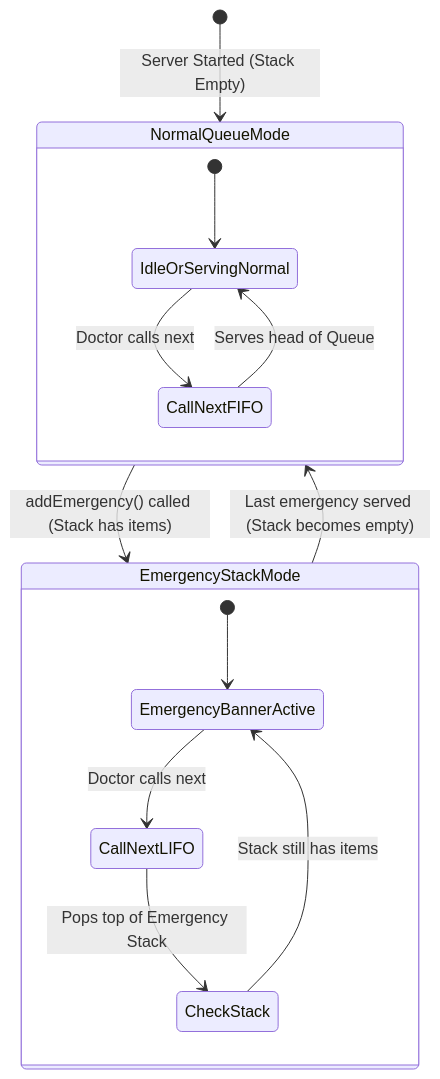
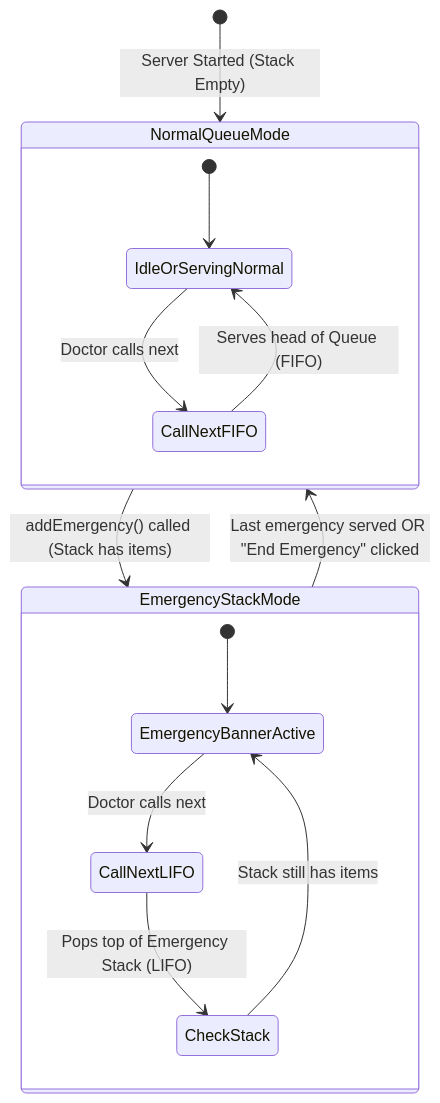
The fifth of 6 diagrams in README.md (SusmitChoudhury/Doctor-Appointment-Queue-System), drawn with Mermaid before and after one commit. The commit also changed other lines of this file and 12 other files, not shown here.

````diff
--- a/README.md
+++ b/README.md
@@ -117,21 +174,21 @@
 ```mermaid
 stateDiagram-v2
     [*] --> NormalQueueMode: Server Started (Stack Empty)
 
     state NormalQueueMode {
         [*] --> IdleOrServingNormal
         IdleOrServingNormal --> CallNextFIFO: Doctor calls next
-        CallNextFIFO --> IdleOrServingNormal: Serves head of Queue
+        CallNextFIFO --> IdleOrServingNormal: Serves head of Queue (FIFO)
     }
 
     NormalQueueMode --> EmergencyStackMode: addEmergency() called (Stack has items)
 
     state EmergencyStackMode {
         [*] --> EmergencyBannerActive
         EmergencyBannerActive --> CallNextLIFO: Doctor calls next
-        CallNextLIFO --> CheckStack: Pops top of Emergency Stack
+        CallNextLIFO --> CheckStack: Pops top of Emergency Stack (LIFO)
         CheckStack --> EmergencyBannerActive: Stack still has items
     }
 
-    EmergencyStackMode --> NormalQueueMode: Last emergency served (Stack becomes empty)
+    EmergencyStackMode --> NormalQueueMode: Last emergency served OR "End Emergency" clicked
 ```
````
